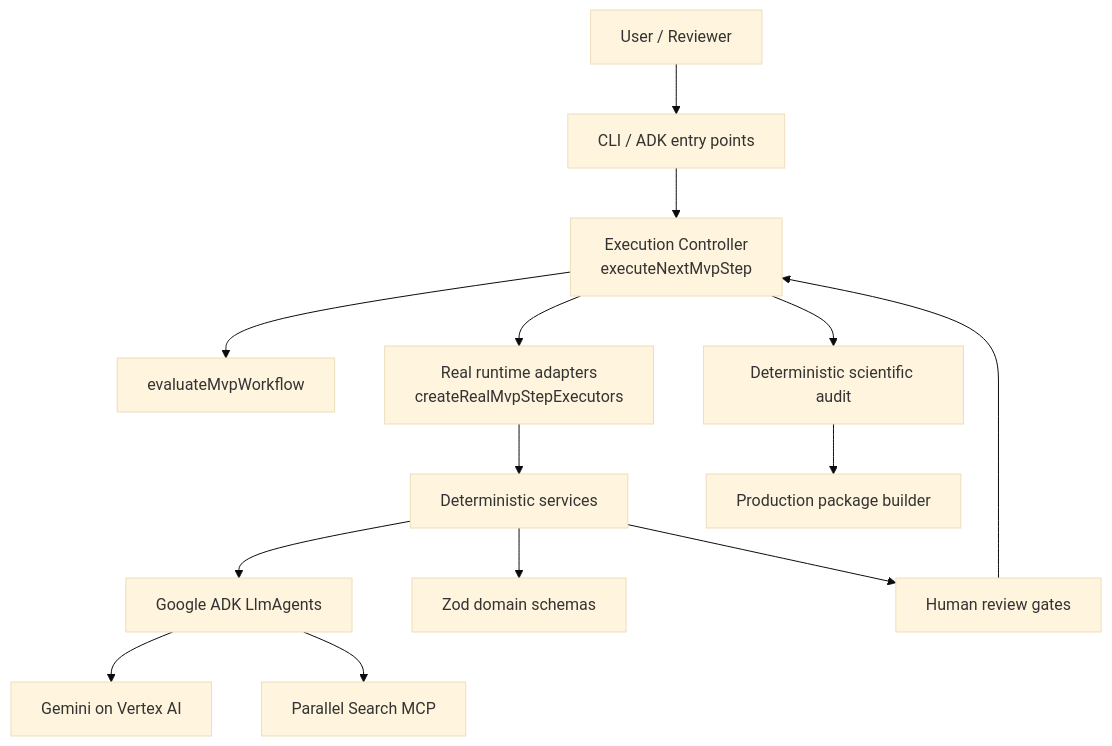
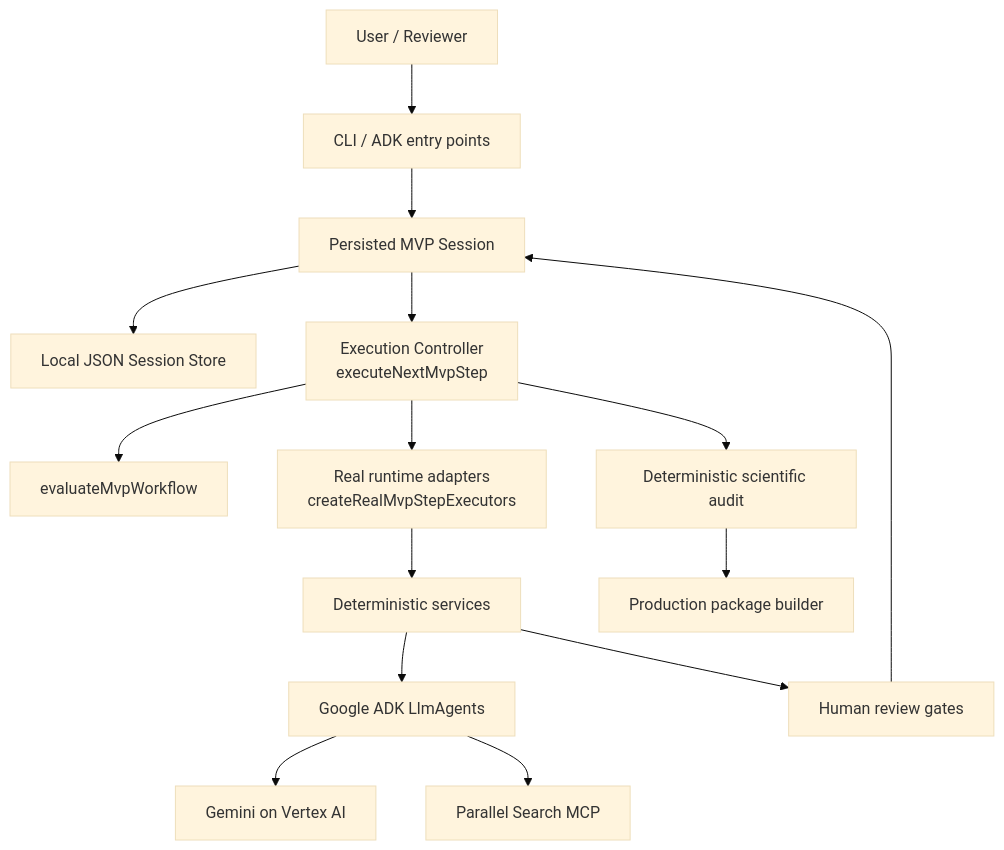
The diagram in README.md (amin076/tital), drawn with Mermaid (base theme) before and after one commit. The commit also changed other lines of this file and 6 other files, not shown here.

Commit message:
docs: align persisted MVP session and add finalization coverage

````diff
--- a/README.md
+++ b/README.md
@@ -35,30 +35,32 @@
 ```mermaid
 graph TD
     U[User / Reviewer]
     CLI[CLI / ADK entry points]
+    PS[Persisted MVP Session]
+    STORE[Local JSON Session Store]
     EC[Execution Controller\nexecuteNextMvpStep]
     EV[evaluateMvpWorkflow]
     RX[Real runtime adapters\ncreateRealMvpStepExecutors]
     S[Deterministic services]
     A[Google ADK LlmAgents]
     G[Gemini on Vertex AI]
     P[Parallel Search MCP]
-    D[Zod domain schemas]
     H[Human review gates]
     AU[Deterministic scientific audit]
     PKG[Production package builder]
 
     U --> CLI
-    CLI --> EC
+    CLI --> PS
+    PS --> STORE
+    PS --> EC
     EC --> EV
     EC --> RX
     RX --> S
     S --> A
     A --> G
     A --> P
-    S --> D
     S --> H
-    H --> EC
+    H --> PS
     EC --> AU
     AU --> PKG
 ```
````
